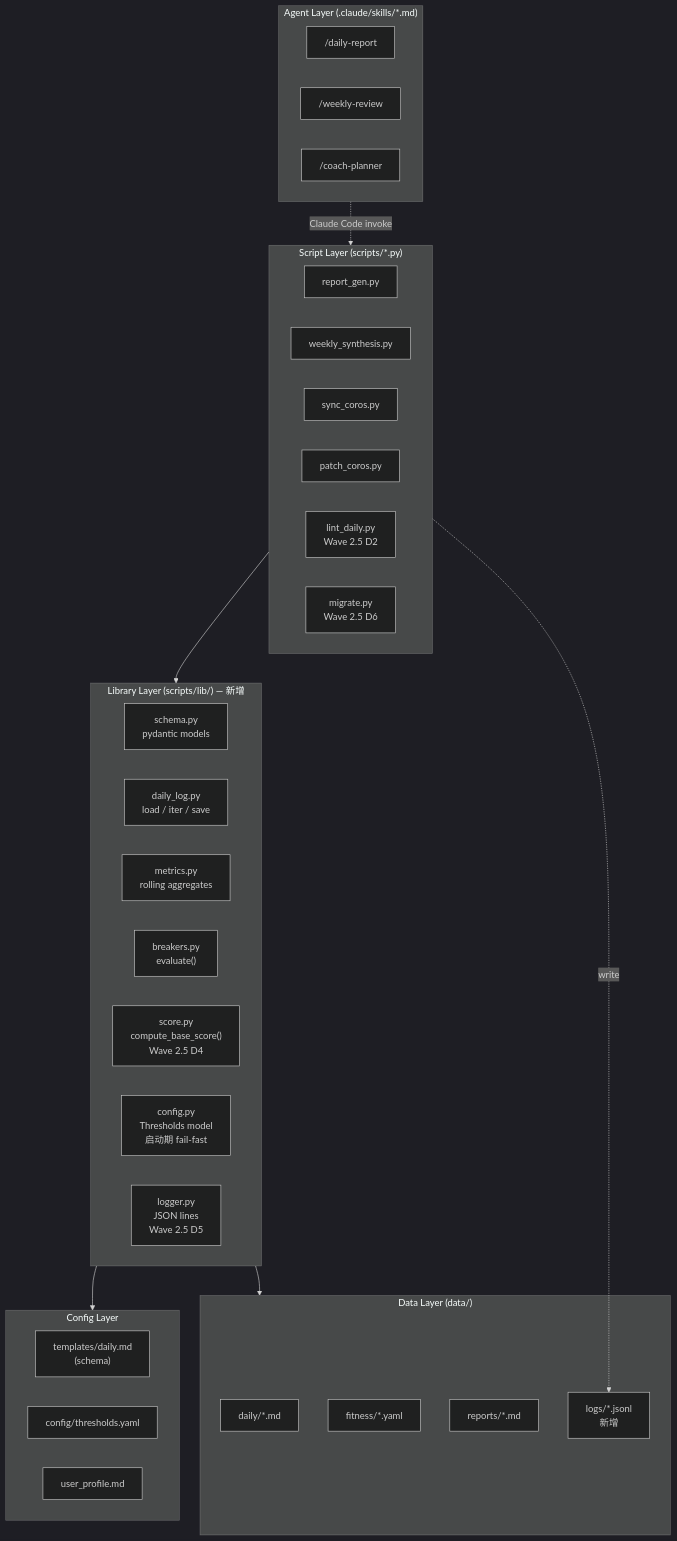
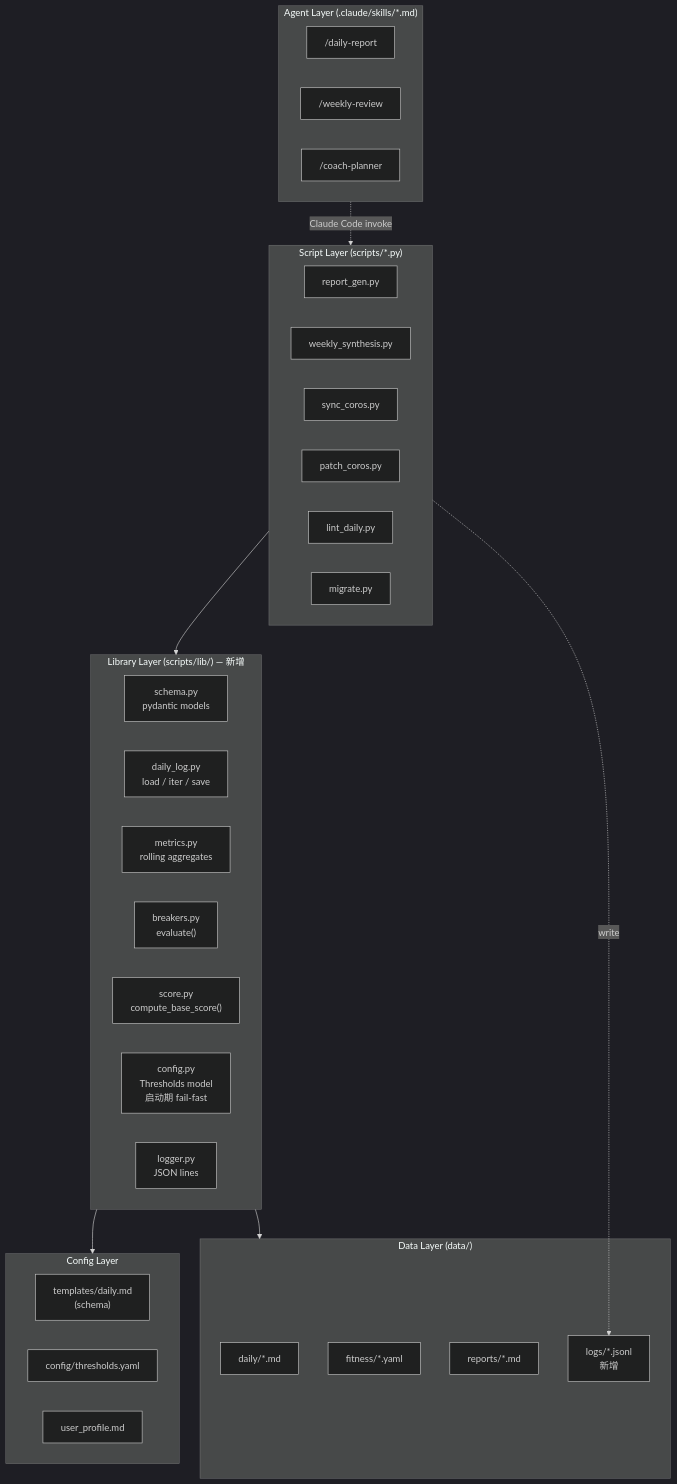
One commit to KelvinYou/personal-os changed the seventh of 7 diagrams in ARCHITECTURE.md. Above: the diagram before and after it, drawn with Mermaid (dark theme). The commit also changed other lines of this file and 1 other file, not shown here.

First line of the commit message:
docs(arch): drop references to the deleted plan.md and stale Wave labels

````diff
--- a/ARCHITECTURE.md
+++ b/ARCHITECTURE.md
@@ -399,46 +399,46 @@
 ```mermaid
 graph TB
     subgraph Agent ["Agent Layer (.claude/skills/*.md)"]
         DR["/daily-report"]
         WR["/weekly-review"]
         CP["/coach-planner"]
     end
 
     subgraph Script ["Script Layer (scripts/*.py)"]
         RG["report_gen.py"]
         WS["weekly_synthesis.py"]
         SC["sync_coros.py"]
         PC["patch_coros.py"]
-        LD["lint_daily.py\nWave 2.5 D2"]
-        MG["migrate.py\nWave 2.5 D6"]
+        LD["lint_daily.py"]
+        MG["migrate.py"]
     end
 
     subgraph Library ["Library Layer (scripts/lib/) — 新增"]
         SCHEMA["schema.py\npydantic models"]
         DAILY["daily_log.py\nload / iter / save"]
         METRIC["metrics.py\nrolling aggregates"]
         BRK["breakers.py\nevaluate()"]
-        SCORE["score.py\ncompute_base_score()\nWave 2.5 D4"]
+        SCORE["score.py\ncompute_base_score()"]
         CFG["config.py\nThresholds model\n启动期 fail-fast"]
-        LOG["logger.py\nJSON lines\nWave 2.5 D5"]
+        LOG["logger.py\nJSON lines"]
     end
 
     subgraph Data ["Data Layer (data/)"]
         DL["daily/*.md"]
         FIT["fitness/*.yaml"]
         RPT["reports/*.md"]
         LOGS["logs/*.jsonl\n新增"]
     end
 
     subgraph Config ["Config Layer"]
         TMPL["templates/daily.md\n(schema)"]
         THR["config/thresholds.yaml"]
         UP["user_profile.md"]
     end
 
     Agent -. "Claude Code invoke" .-> Script
     Script --> Library
     Library --> Data
     Library --> Config
     Script -. "write" .-> LOGS
 ```
````
